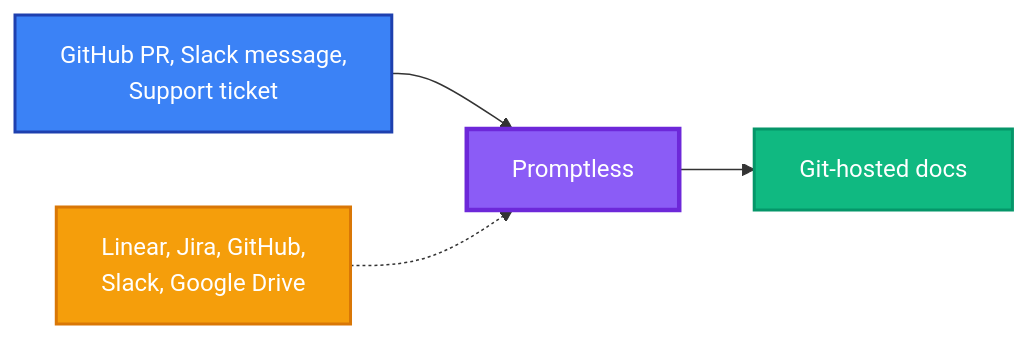
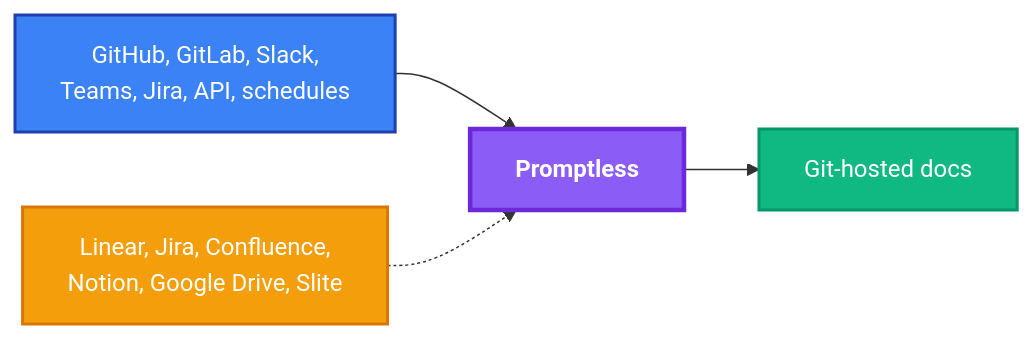
The diagram in src/diagrams/how-it-works.mmd (Promptless/promptless.ai), drawn with Mermaid before and after one commit. The commit also changed 5 other files, not shown here.

First line of the commit message:
docs: Update How Promptless works diagram with supported triggers and context sources (#1059)

```diff
--- a/src/diagrams/how-it-works.mmd
+++ b/src/diagrams/how-it-works.mmd
@@ -1,16 +1,20 @@
-%% mmdc-width: 750
+---
+config:
+  fontFamily: "arial, helvetica, sans-serif"
+---
+%% mmdc-width: 800
 
 flowchart LR
-  TRIGGERS["GitHub PR, Slack message,<br/>Support ticket"]
-  CONTEXT["Linear, Jira, GitHub,<br/>Slack, Google Drive"]
-  PROMPTLESS["Promptless"]
+  TRIGGERS["GitHub, GitLab, Slack,<br/>Teams, Jira, API, schedules"]
+  CONTEXT["Linear, Jira, Confluence,<br/>Notion, Google Drive, Slite"]
+  PROMPTLESS["<b>Promptless</b>"]
   DOCS["Git-hosted docs"]
 
   TRIGGERS --> PROMPTLESS
   CONTEXT -.-> PROMPTLESS
   PROMPTLESS --> DOCS
 
   style TRIGGERS fill:#3b82f6,stroke:#1e40af,stroke-width:2px,color:#fff
   style CONTEXT fill:#f59e0b,stroke:#d97706,stroke-width:2px,color:#fff
   style PROMPTLESS fill:#8b5cf6,stroke:#6d28d9,stroke-width:3px,color:#fff
   style DOCS fill:#10b981,stroke:#059669,stroke-width:2px,color:#fff
```
